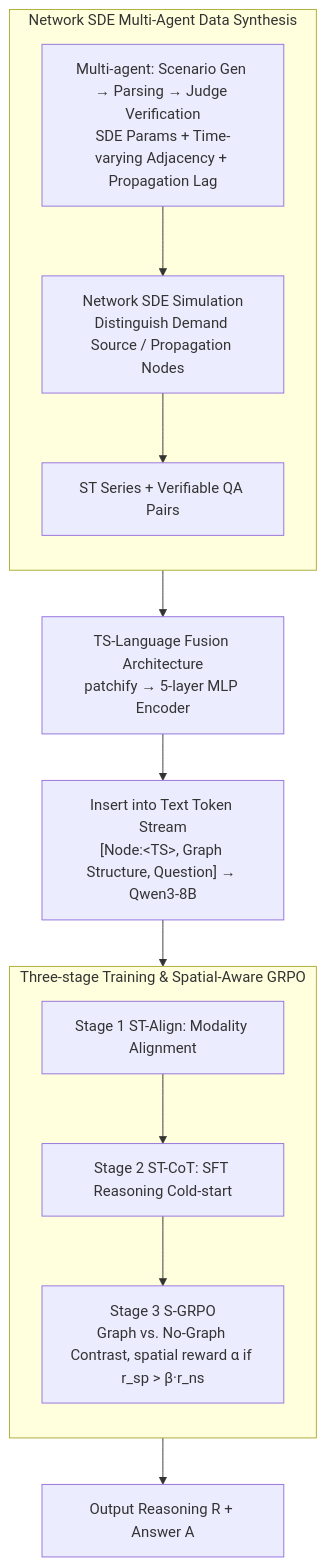
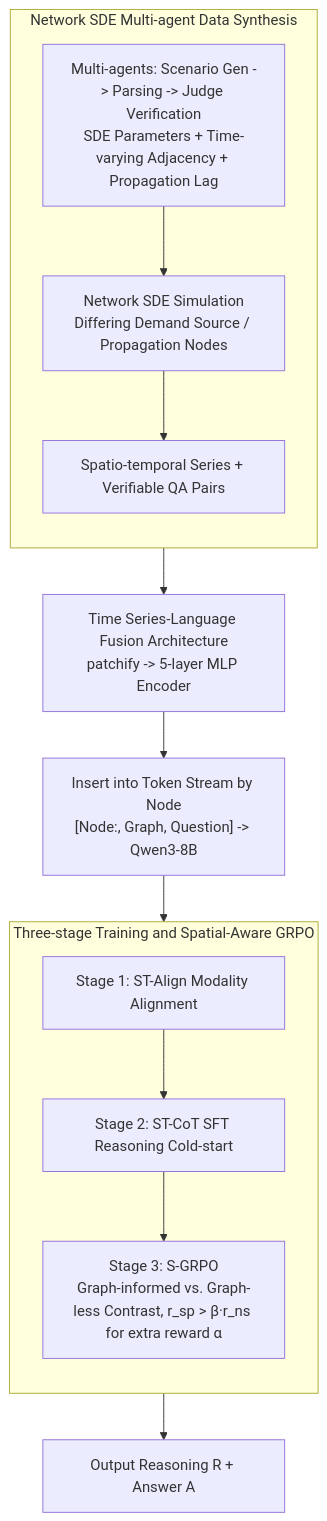
One commit to zhaoyang97/Paper-Notes-en changed the diagram in docs/ACL2026/time_series/streasoner_empowering_llms_for_spatio-temporal_reasoning_in_time_series_via_spat.md. Above: the diagram before and after it, drawn with Mermaid. The commit also changed other lines of this file and 5084 other files, not shown here.

````diff
--- a/docs/ACL2026/time_series/streasoner_empowering_llms_for_spatio-temporal_reasoning_in_time_series_via_spat.md
+++ b/docs/ACL2026/time_series/streasoner_empowering_llms_for_spatio-temporal_reasoning_in_time_series_via_spat.md
@@ -42,17 +42,17 @@
 ```mermaid
 graph TD
-    subgraph DATA["Network SDE Multi-Agent Data Synthesis"]
+    subgraph DATA["Network SDE Multi-agent Data Synthesis"]
         direction TB
-        A["Multi-agent: Scenario Gen → Parsing → Judge Verification<br/>SDE Params + Time-varying Adjacency + Propagation Lag"] --> B["Network SDE Simulation<br/>Distinguish Demand Source / Propagation Nodes"]
-        B --> C["ST Series + Verifiable QA Pairs"]
+        A["Multi-agents: Scenario Gen -> Parsing -> Judge Verification<br/>SDE Parameters + Time-varying Adjacency + Propagation Lag"] --> B["Network SDE Simulation<br/>Differing Demand Source / Propagation Nodes"]
+        B --> C["Spatio-temporal Series + Verifiable QA Pairs"]
     end
-    DATA --> D["TS-Language Fusion Architecture<br/>patchify → 5-layer MLP Encoder"]
-    D --> E["Insert into Text Token Stream<br/>[Node:&lt;TS&gt;, Graph Structure, Question] → Qwen3-8B"]
+    DATA --> D["Time Series-Language Fusion Architecture<br/>patchify -> 5-layer MLP Encoder"]
+    D --> E["Insert into Token Stream by Node<br/>[Node:<TS>, Graph, Question] -> Qwen3-8B"]
     E --> TRAIN
-    subgraph TRAIN["Three-stage Training & Spatial-Aware GRPO"]
+    subgraph TRAIN["Three-stage Training and Spatial-Aware GRPO"]
         direction TB
-        F["Stage 1 ST-Align: Modality Alignment"] --> G["Stage 2 ST-CoT: SFT Reasoning Cold-start"]
-        G --> H["Stage 3 S-GRPO<br/>Graph vs. No-Graph Contrast, spatial reward α if r_sp &gt; β·r_ns"]
+        F["Stage 1: ST-Align Modality Alignment"] --> G["Stage 2: ST-CoT SFT Reasoning Cold-start"]
+        G --> H["Stage 3: S-GRPO<br/>Graph-informed vs. Graph-less Contrast, r_sp > β·r_ns for extra reward α"]
     end
     TRAIN --> I["Output Reasoning R + Answer A"]
 ```
````
